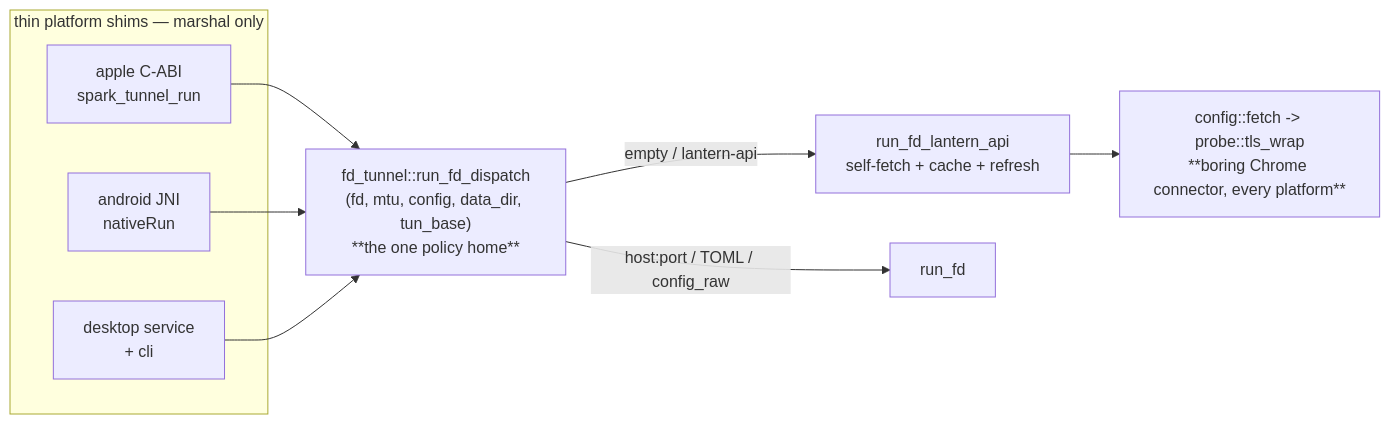
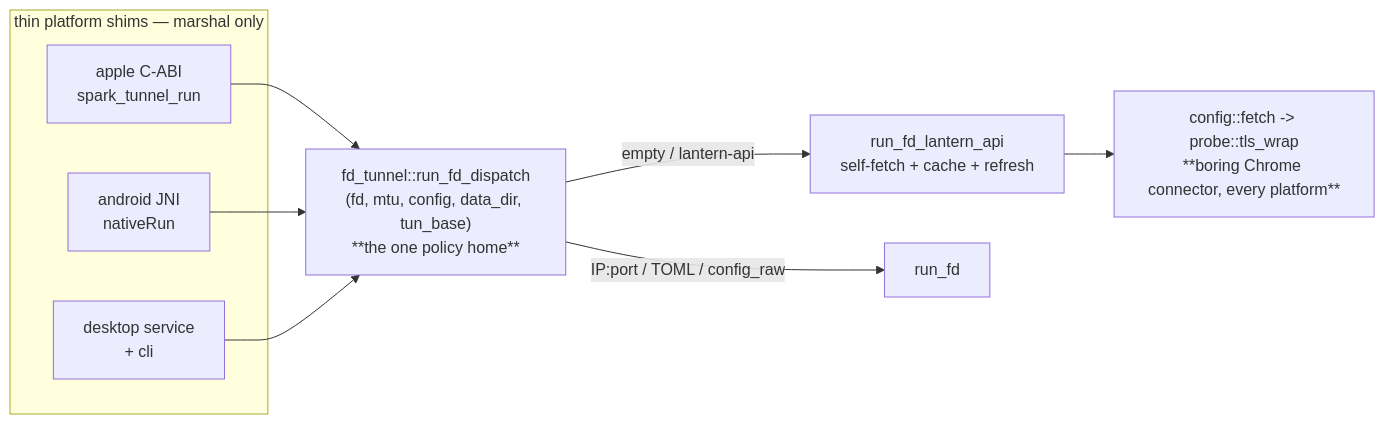
The diagram in docs/config-fetch-cross-platform-design.md (getlantern/spark), drawn with Mermaid before and after one commit. The commit also changed other lines of this file and 5 other files, not shown here.

First line of the commit message:
review: clarify relay override is IP:port (not host:port) per Copilot cycle 2

````diff
--- a/docs/config-fetch-cross-platform-design.md
+++ b/docs/config-fetch-cross-platform-design.md
@@ -65,15 +65,15 @@
 ```mermaid
 flowchart LR
     subgraph shims [thin platform shims — marshal only]
       A[apple C-ABI<br/>spark_tunnel_run]
       N[android JNI<br/>nativeRun]
       D[desktop service<br/>+ cli]
     end
     A --> DISP
     N --> DISP
     D --> DISP
     DISP["fd_tunnel::run_fd_dispatch<br/>(fd, mtu, config, data_dir, tun_base)<br/>**the one policy home**"]
     DISP -->|empty / lantern-api| FETCH[run_fd_lantern_api<br/>self-fetch + cache + refresh]
-    DISP -->|host:port / TOML / config_raw| RUN[run_fd]
+    DISP -->|IP:port / TOML / config_raw| RUN[run_fd]
     FETCH --> TLS[config::fetch -> probe::tls_wrap<br/>**boring Chrome connector, every platform**]
 ```
````
